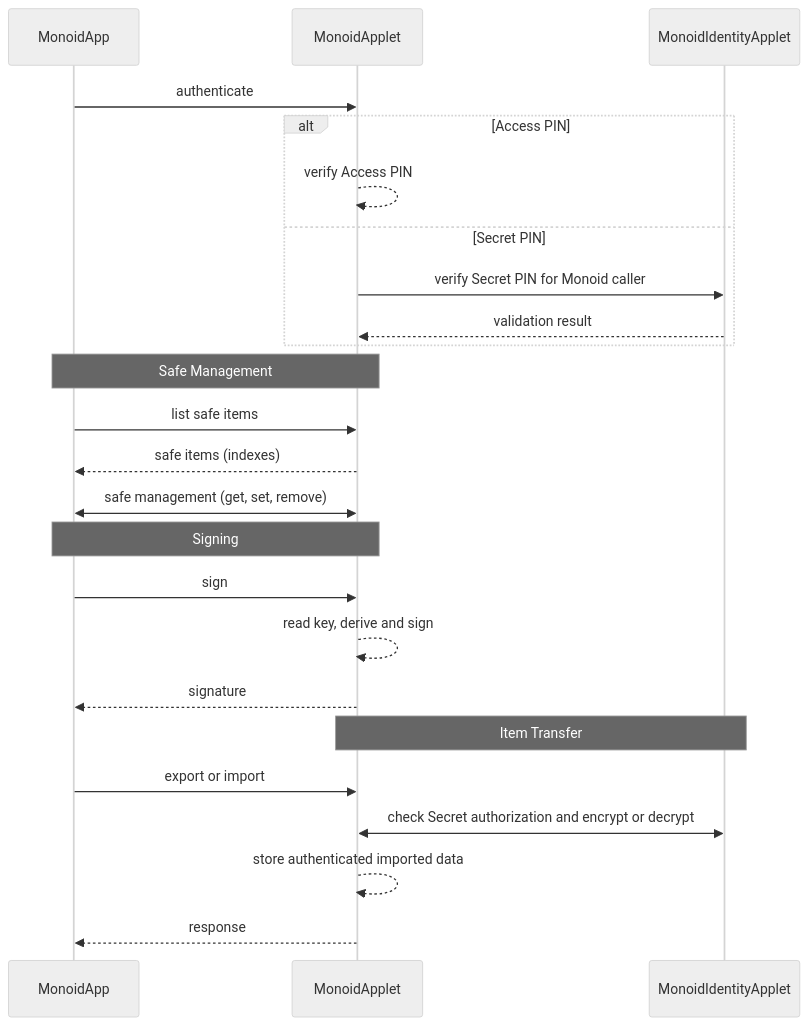
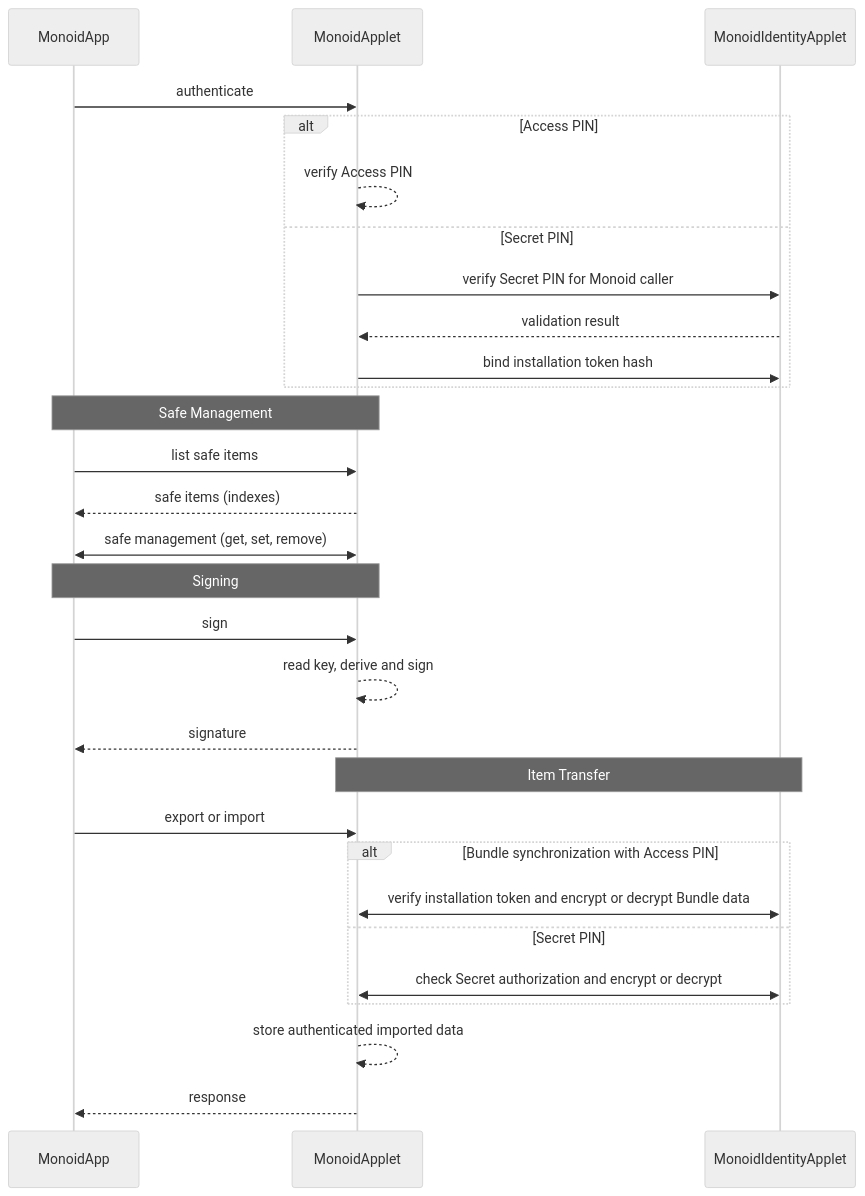
One commit to vilicvane/monoid-javacard changed the diagram in doc/architecture.md. Above: the diagram before and after it, drawn with Mermaid (neutral theme). The commit also changed other lines of this file and 53 other files, not shown here.

Commit message:
monoid: bind access bundle sync and return rpc errors

````diff
--- a/doc/architecture.md
+++ b/doc/architecture.md
@@ -75,33 +75,38 @@
 ```mermaid
 sequenceDiagram
     participant MonoidApp
     participant MonoidApplet
     participant MonoidIdentityApplet
 
     MonoidApp ->> MonoidApplet: authenticate
     alt Access PIN
         MonoidApplet -->> MonoidApplet: verify Access PIN
     else Secret PIN
         MonoidApplet ->> MonoidIdentityApplet: verify Secret PIN for Monoid caller
         MonoidIdentityApplet -->> MonoidApplet: validation result
+        MonoidApplet ->> MonoidIdentityApplet: bind installation token hash
     end
 
     note over MonoidApp, MonoidApplet: Safe Management
 
     MonoidApp ->> MonoidApplet: list safe items
     MonoidApplet -->> MonoidApp: safe items (indexes)
     MonoidApp <<->> MonoidApplet: safe management (get, set, remove)
 
     note over MonoidApp, MonoidApplet: Signing
 
     MonoidApp ->> MonoidApplet: sign
     MonoidApplet -->> MonoidApplet: read key, derive and sign
     MonoidApplet -->> MonoidApp: signature
 
     note over MonoidApplet, MonoidIdentityApplet: Item Transfer
 
     MonoidApp ->> MonoidApplet: export or import
-    MonoidApplet <<->> MonoidIdentityApplet: check Secret authorization and encrypt or decrypt
+    alt Bundle synchronization with Access PIN
+        MonoidApplet <<->> MonoidIdentityApplet: verify installation token and encrypt or decrypt Bundle data
+    else Secret PIN
+        MonoidApplet <<->> MonoidIdentityApplet: check Secret authorization and encrypt or decrypt
+    end
     MonoidApplet -->> MonoidApplet: store authenticated imported data
     MonoidApplet -->> MonoidApp: response
 ```
````
